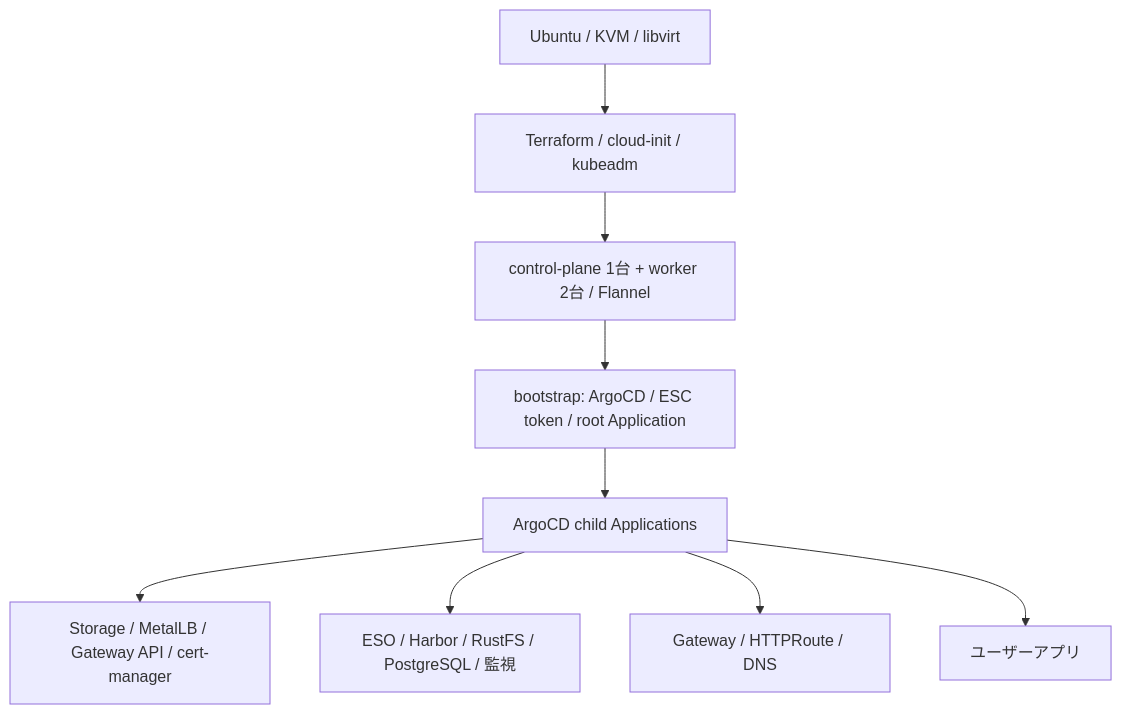
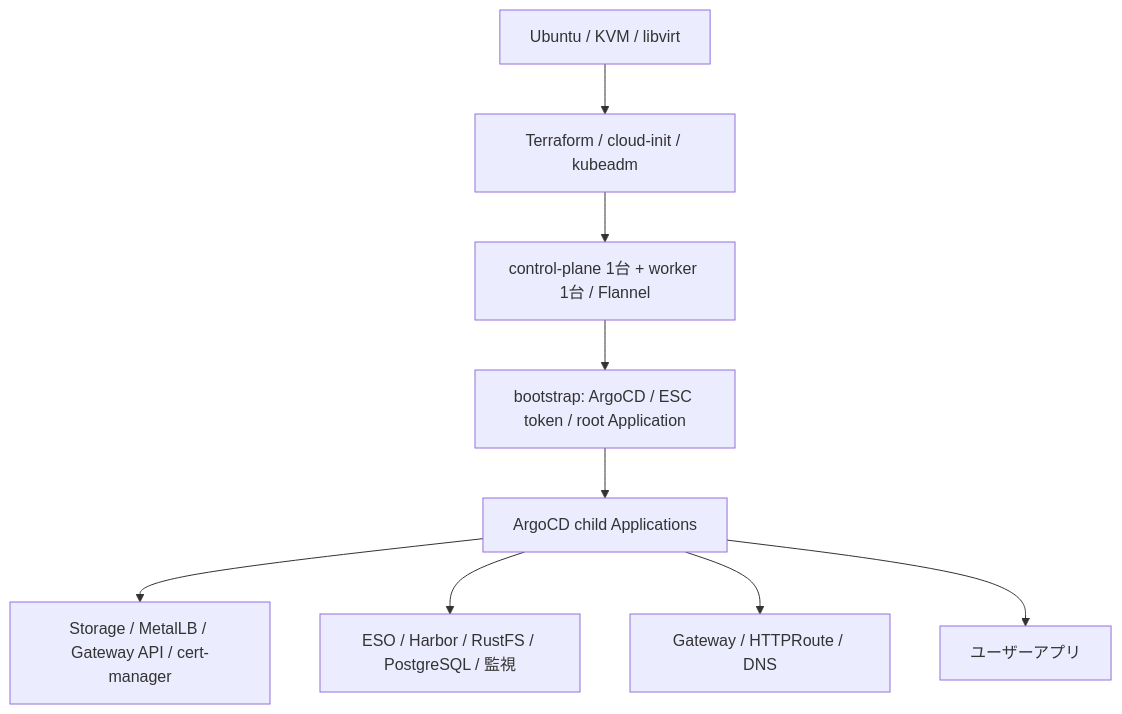
One commit to home-lab-ksera/home-lab-k8s changed the diagram in docs/architecture.md. Above: the diagram before and after it, drawn with Mermaid. The commit also changed 6 other files, not shown here.

````diff
--- a/docs/architecture.md
+++ b/docs/architecture.md
@@ -6,11 +6,11 @@
 ```mermaid
 flowchart TD
   Host[Ubuntu / KVM / libvirt] --> TF[Terraform / cloud-init / kubeadm]
-  TF --> K8s[control-plane 1台 + worker 2台 / Flannel]
+  TF --> K8s[control-plane 1台 + worker 1台 / Flannel]
   K8s --> Boot[bootstrap: ArgoCD / ESC token / root Application]
   Boot --> Argo[ArgoCD child Applications]
   Argo --> Infra[Storage / MetalLB / Gateway API / cert-manager]
   Argo --> Platform[ESO / Harbor / RustFS / PostgreSQL / 監視]
   Argo --> Access[Gateway / HTTPRoute / DNS]
   Argo --> Apps[ユーザーアプリ]
 ```
````
